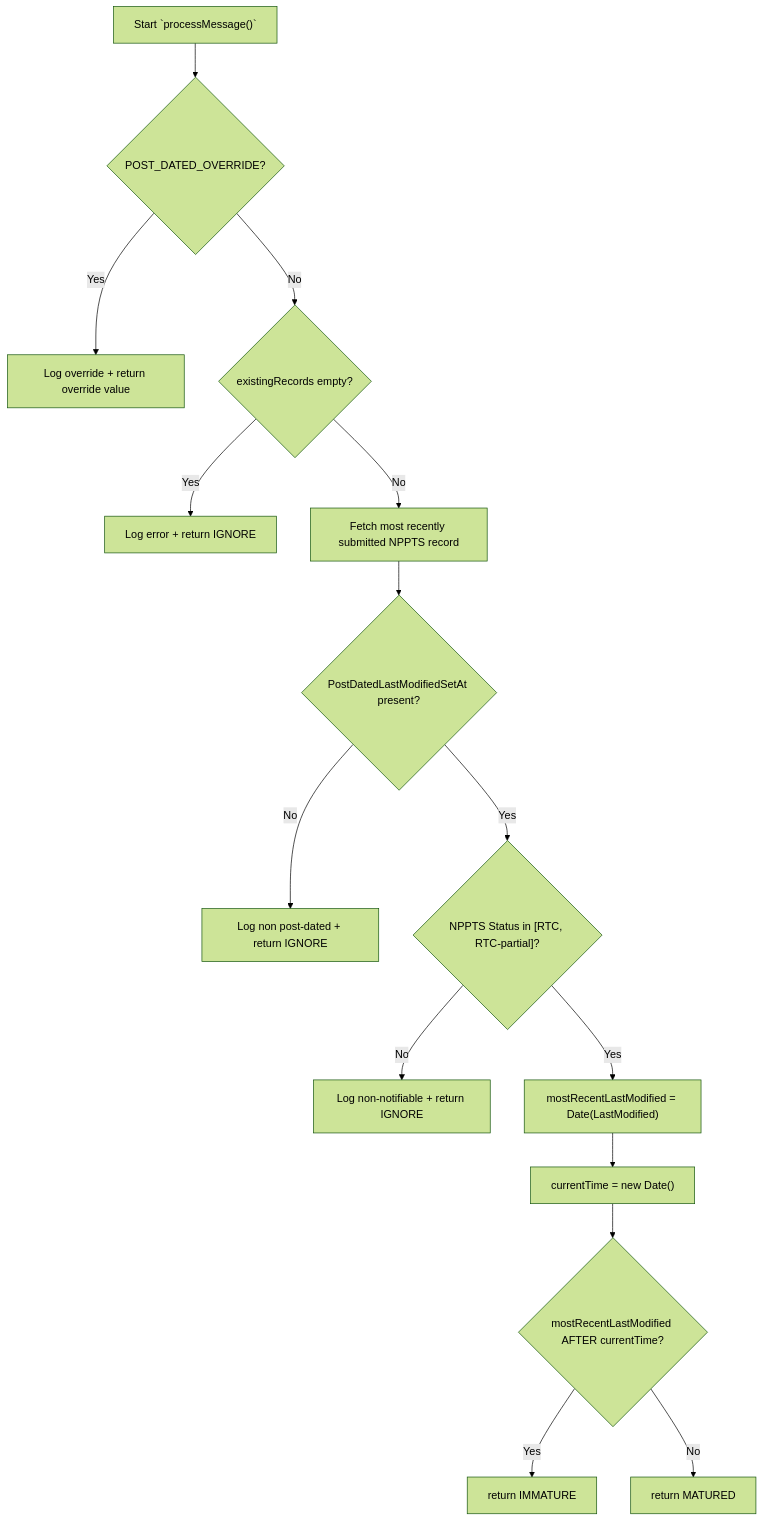
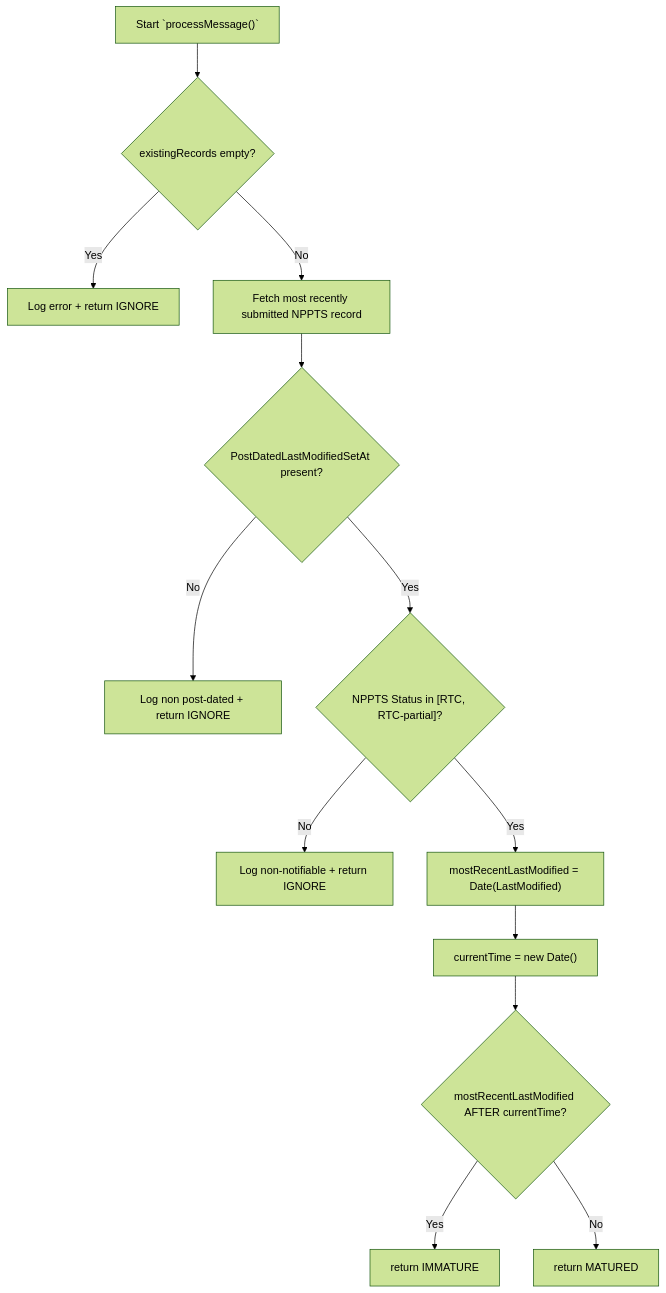
Before and after one commit to NHSDigital/eps-prescription-status-update-api: the first of 2 diagrams in packages/postDatedLambda/docs/mature_prescription_check.md, drawn with Mermaid (forest theme). The commit also changed 2 other files, not shown here.

Commit message:
Remove references to overriding post-dated logic

````diff
--- a/packages/postDatedLambda/docs/mature_prescription_check.md
+++ b/packages/postDatedLambda/docs/mature_prescription_check.md
@@ -5,17 +5,15 @@
 ```mermaid
 flowchart TD
-    A["Start `processMessage()`"] --> C{"POST_DATED_OVERRIDE?"}
-    C -- Yes --> D["Log override + return override value"]
-    C -- No --> E{"existingRecords empty?"}
+    A["Start `processMessage()`"] --> E{"existingRecords empty?"}
     E -- Yes --> F["Log error + return IGNORE"]
     E -- No --> G["Fetch most recently submitted NPPTS record"]
     G --> H{"PostDatedLastModifiedSetAt present?"}
     H -- No --> I["Log non post-dated + return IGNORE"]
     H -- Yes --> K{"NPPTS Status in [RTC, RTC-partial]?"}
     K -- No --> L["Log non-notifiable + return IGNORE"]
     K -- Yes --> M["mostRecentLastModified = Date(LastModified)"]
     M --> N["currentTime = new Date()"]
     N --> O{"mostRecentLastModified AFTER currentTime?"}
     O -- Yes --> P["return IMMATURE"]
     O -- No --> Q["return MATURED"]
 ```
````
